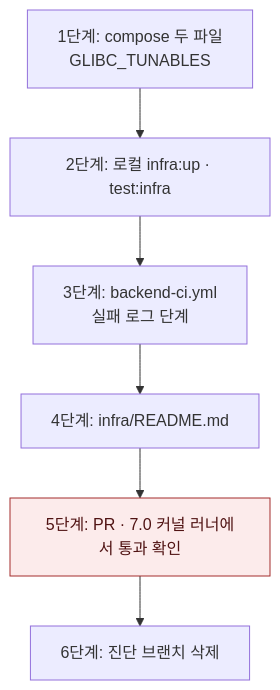
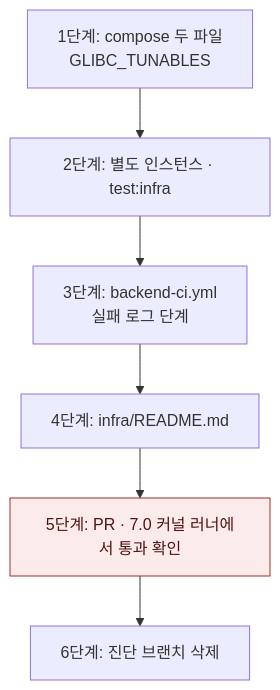
One commit to Expresso-Organization/expresso changed the diagram in .intent/plan_ci-mongodb-kernel.md. Above: the diagram before and after it, drawn with Mermaid. The commit also changed other lines of this file and 4 other files, not shown here.

````diff
--- a/.intent/plan_ci-mongodb-kernel.md
+++ b/.intent/plan_ci-mongodb-kernel.md
@@ -33,9 +33,9 @@
 ```mermaid
 flowchart TD
-  S1["1단계: compose 두 파일<br/>GLIBC_TUNABLES"] --> S2["2단계: 로컬 infra:up · test:infra"]
+  S1["1단계: compose 두 파일<br/>GLIBC_TUNABLES"] --> S2["2단계: 별도 인스턴스 · test:infra"]
   S2 --> S3["3단계: backend-ci.yml<br/>실패 로그 단계"]
   S3 --> S4["4단계: infra/README.md"]
   S4 --> S5["5단계: PR · 7.0 커널 러너에서 통과 확인"]:::risk
   S5 --> S6["6단계: 진단 브랜치 삭제"]
   classDef risk fill:#FCEBEB,stroke:#A32D2D,color:#501313
 ```
````
